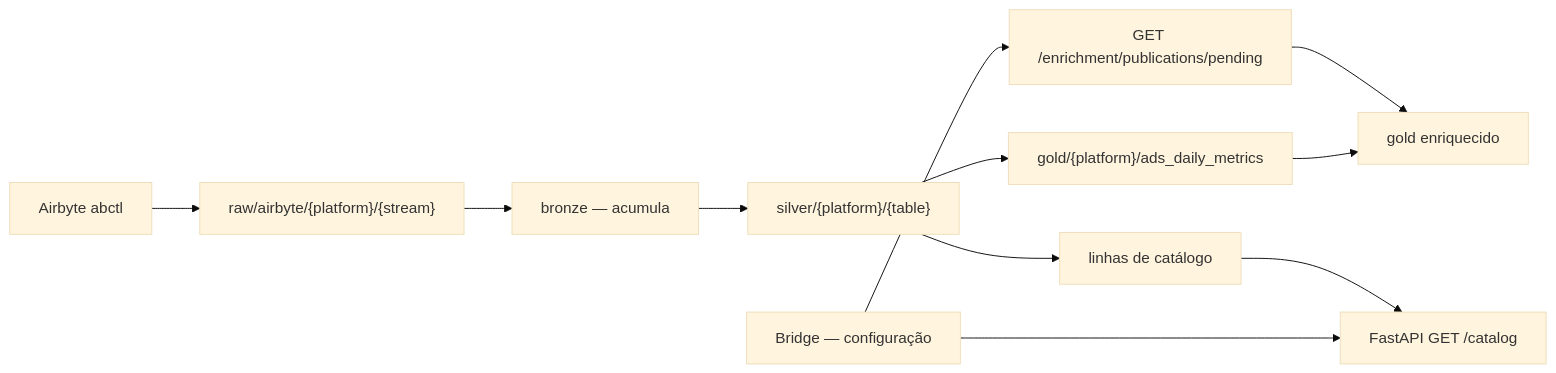
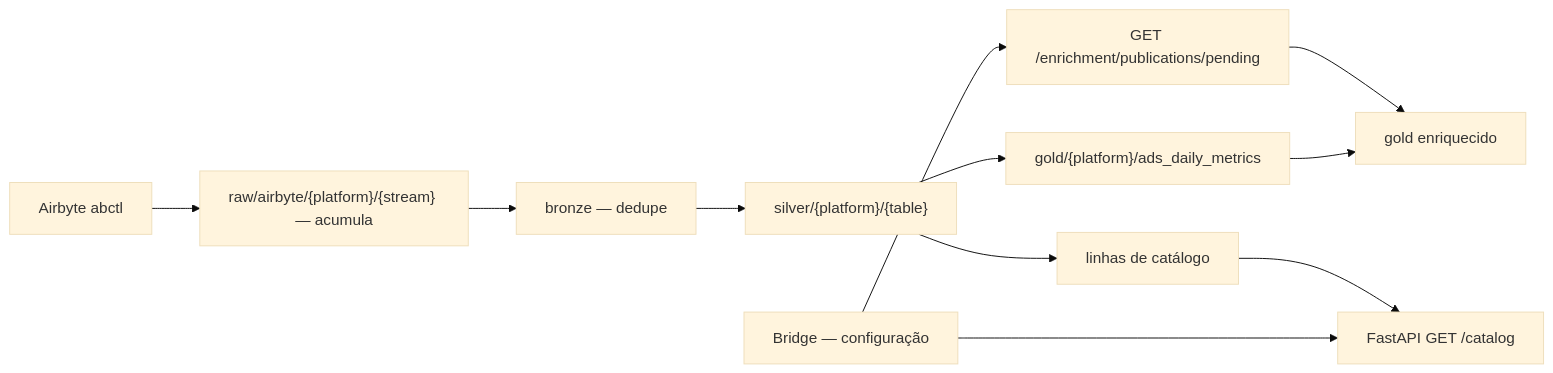
One commit to DevPablo20/binder_etl changed the diagram in docs/architecture.md. Above: the diagram before and after it, drawn with Mermaid (base theme). The commit also changed other lines of this file and 2 other files, not shown here.

Commit message:
validated rows between raw, silver and gold and documented the changes

````diff
--- a/docs/architecture.md
+++ b/docs/architecture.md
@@ -14,13 +14,13 @@
 ```mermaid
 flowchart LR
-    Airbyte["Airbyte abctl"] --> Raw["raw/airbyte/{platform}/{stream}"]
-    Raw --> Bronze["bronze — acumula"]
+    Airbyte["Airbyte abctl"] --> Raw["raw/airbyte/{platform}/{stream} — acumula"]
+    Raw --> Bronze["bronze — dedupe"]
     Bronze --> Silver["silver/{platform}/{table}"]
     Silver --> Gold["gold/{platform}/ads_daily_metrics"]
     Silver --> CatalogBuild["linhas de catálogo"]
     CatalogBuild --> CatalogAPI["FastAPI GET /catalog"]
     Backend["Bridge — configuração"] --> CatalogAPI
     Backend --> Publication["GET /enrichment/publications/pending"]
     Publication --> GoldEnriched["gold enriquecido"]
     Gold --> GoldEnriched
 ```
````
